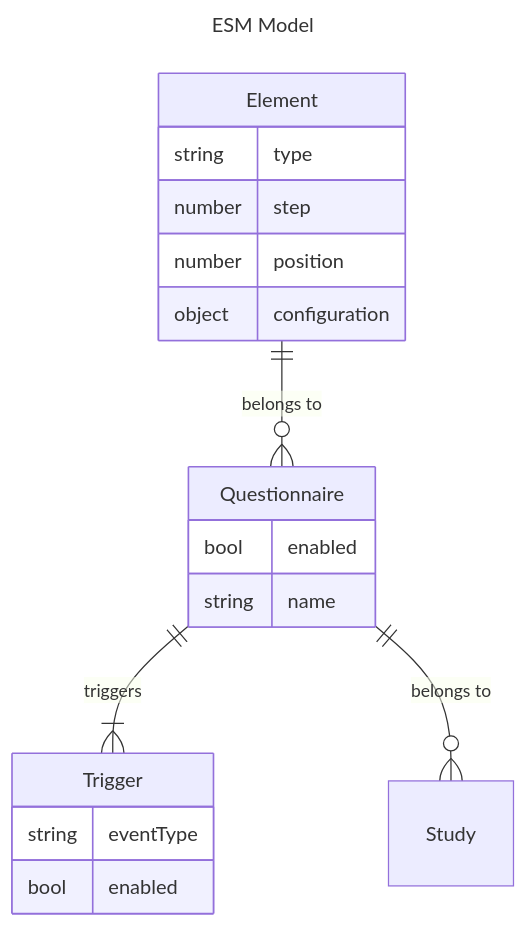
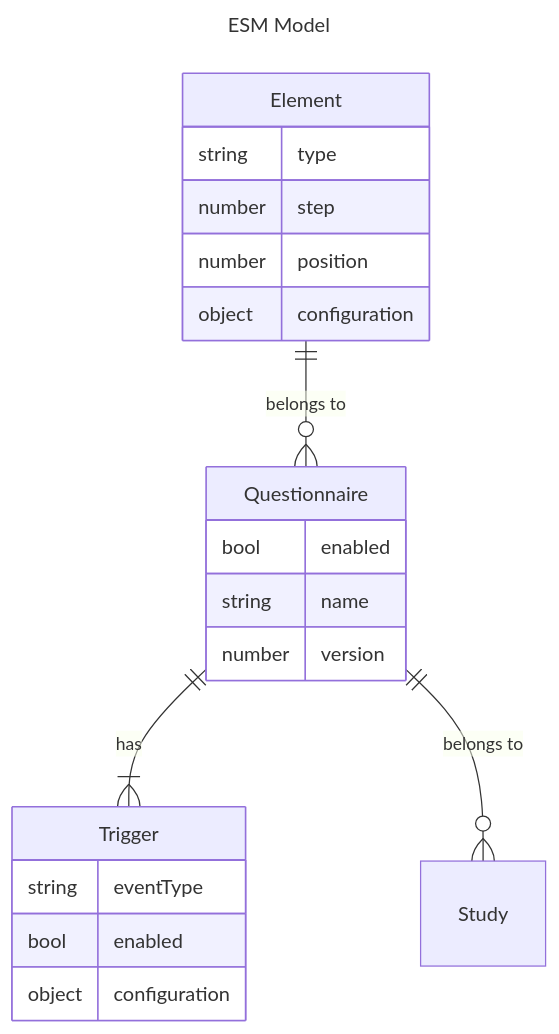
One commit to timweiss/WHALE-platform changed the second of 2 diagrams in README.md. Above: the diagram before and after it, drawn with Mermaid. The commit also changed other lines of this file and 2 other files, not shown here.

````diff
--- a/README.md
+++ b/README.md
@@ -65,24 +71,26 @@
 ```mermaid
 ---
 title: ESM Model
 ---
 erDiagram
     Study
     Questionnaire {
         bool enabled
         string name
+        number version
     }
     Trigger {
         string eventType
         bool enabled
+        object configuration
     }
     Element {
         string type
         number step
         number position
         object configuration
     }
-    Questionnaire ||--|{ Trigger : "triggers"
+    Questionnaire ||--|{ Trigger : "has"
     Questionnaire ||--o{ Study : "belongs to"
     Element ||--o{ Questionnaire : "belongs to"
 ```
````
